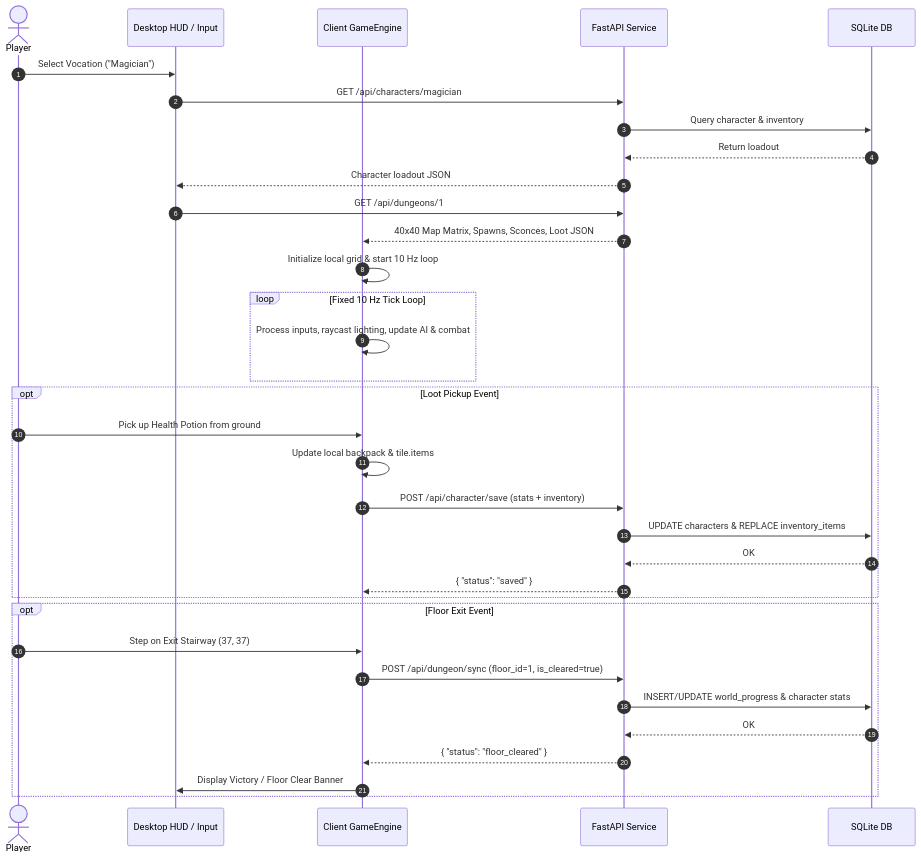
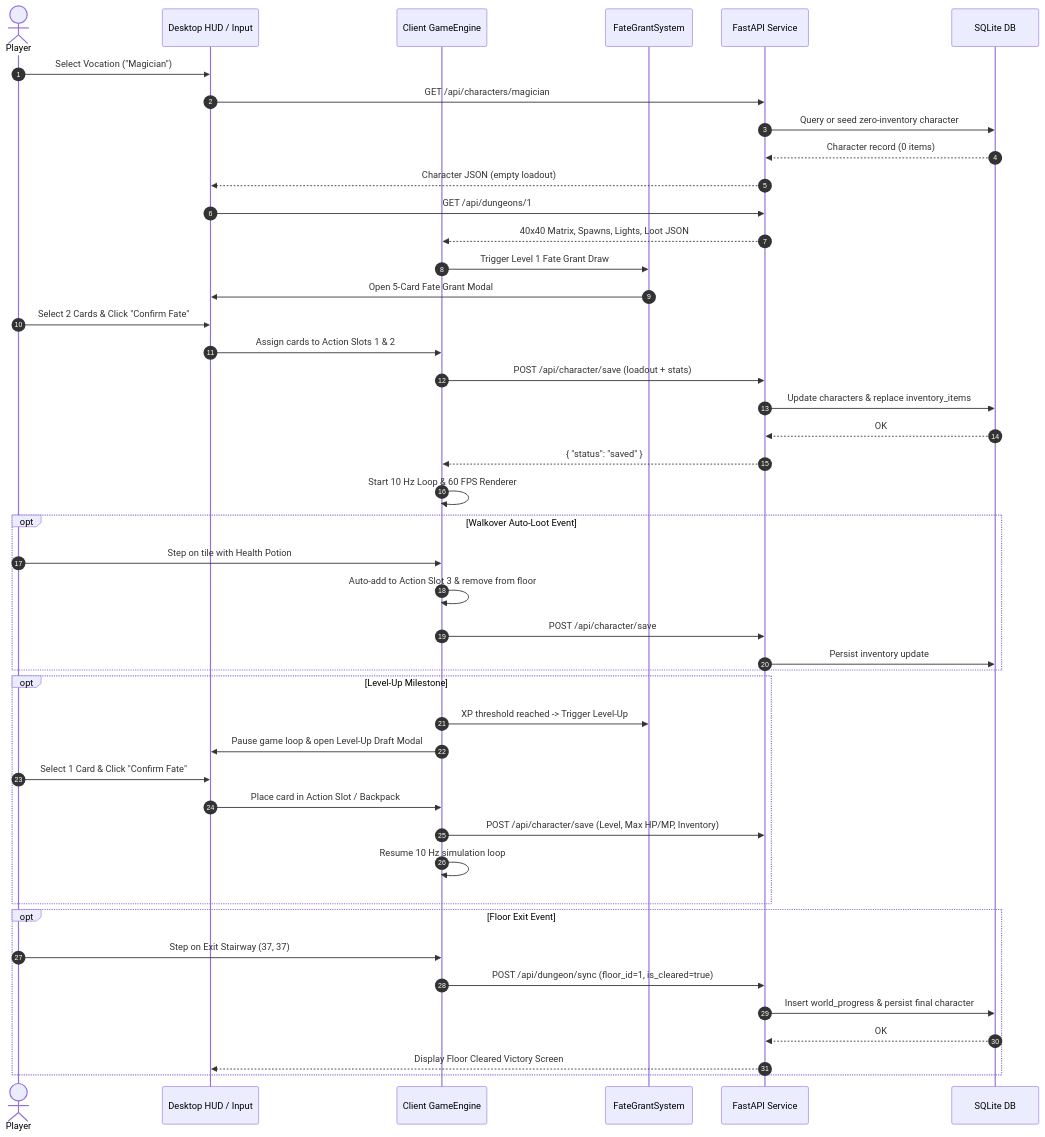
One commit to jpeckenpaugh/lokarta-v2 changed the third of 3 diagrams in docs/architecture.md. Above: the diagram before and after it, drawn with Mermaid. The commit also changed other lines of this file and 1 other file, not shown here.

Commit message:
stage 05: update architecture specification for 10 action slots, 4 vocations, and fate grants

````diff
--- a/docs/architecture.md
+++ b/docs/architecture.md
@@ -554,41 +662,53 @@
 ```mermaid
 sequenceDiagram
     autonumber
     actor Player
     participant UI as Desktop HUD / Input
     participant Engine as Client GameEngine
+    participant Fate as FateGrantSystem
     participant REST as FastAPI Service
     participant DB as SQLite DB
 
     Player->>UI: Select Vocation ("Magician")
     UI->>REST: GET /api/characters/magician
-    REST->>DB: Query character & inventory
-    DB-->>REST: Return loadout
-    REST-->>UI: Character loadout JSON
+    REST->>DB: Query or seed zero-inventory character
+    DB-->>REST: Character record (0 items)
+    REST-->>UI: Character JSON (empty loadout)
 
     UI->>REST: GET /api/dungeons/1
-    REST-->>Engine: 40x40 Map Matrix, Spawns, Sconces, Loot JSON
-    Engine->>Engine: Initialize local grid & start 10 Hz loop
+    REST-->>Engine: 40x40 Matrix, Spawns, Lights, Loot JSON
+    Engine->>Fate: Trigger Level 1 Fate Grant Draw
+    Fate->>UI: Open 5-Card Fate Grant Modal
+    Player->>UI: Select 2 Cards & Click "Confirm Fate"
+    UI->>Engine: Assign cards to Action Slots 1 & 2
+    Engine->>REST: POST /api/character/save (loadout + stats)
+    REST->>DB: Update characters & replace inventory_items
+    DB-->>REST: OK
+    REST-->>Engine: { "status": "saved" }
 
-    loop Fixed 10 Hz Tick Loop
-        Engine->>Engine: Process inputs, raycast lighting, update AI & combat
+    Engine->>Engine: Start 10 Hz Loop & 60 FPS Renderer
+
+    opt Walkover Auto-Loot Event
+        Player->>Engine: Step on tile with Health Potion
+        Engine->>Engine: Auto-add to Action Slot 3 & remove from floor
+        Engine->>REST: POST /api/character/save
+        REST->>DB: Persist inventory update
     end
 
-    opt Loot Pickup Event
-        Player->>Engine: Pick up Health Potion from ground
-        Engine->>Engine: Update local backpack & tile.items
-        Engine->>REST: POST /api/character/save (stats + inventory)
-        REST->>DB: UPDATE characters & REPLACE inventory_items
-        DB-->>REST: OK
-        REST-->>Engine: { "status": "saved" }
+    opt Level-Up Milestone
+        Engine->>Fate: XP threshold reached -> Trigger Level-Up
+        Engine->>UI: Pause game loop & open Level-Up Draft Modal
+        Player->>UI: Select 1 Card & Click "Confirm Fate"
+        UI->>Engine: Place card in Action Slot / Backpack
+        Engine->>REST: POST /api/character/save (Level, Max HP/MP, Inventory)
+        Engine->>Engine: Resume 10 Hz simulation loop
     end
 
     opt Floor Exit Event
         Player->>Engine: Step on Exit Stairway (37, 37)
         Engine->>REST: POST /api/dungeon/sync (floor_id=1, is_cleared=true)
-        REST->>DB: INSERT/UPDATE world_progress & character stats
+        REST->>DB: Insert world_progress & persist final character
         DB-->>REST: OK
-        REST-->>Engine: { "status": "floor_cleared" }
-        Engine->>UI: Display Victory / Floor Clear Banner
+        REST-->>UI: Display Floor Cleared Victory Screen
     end
 ```
````
